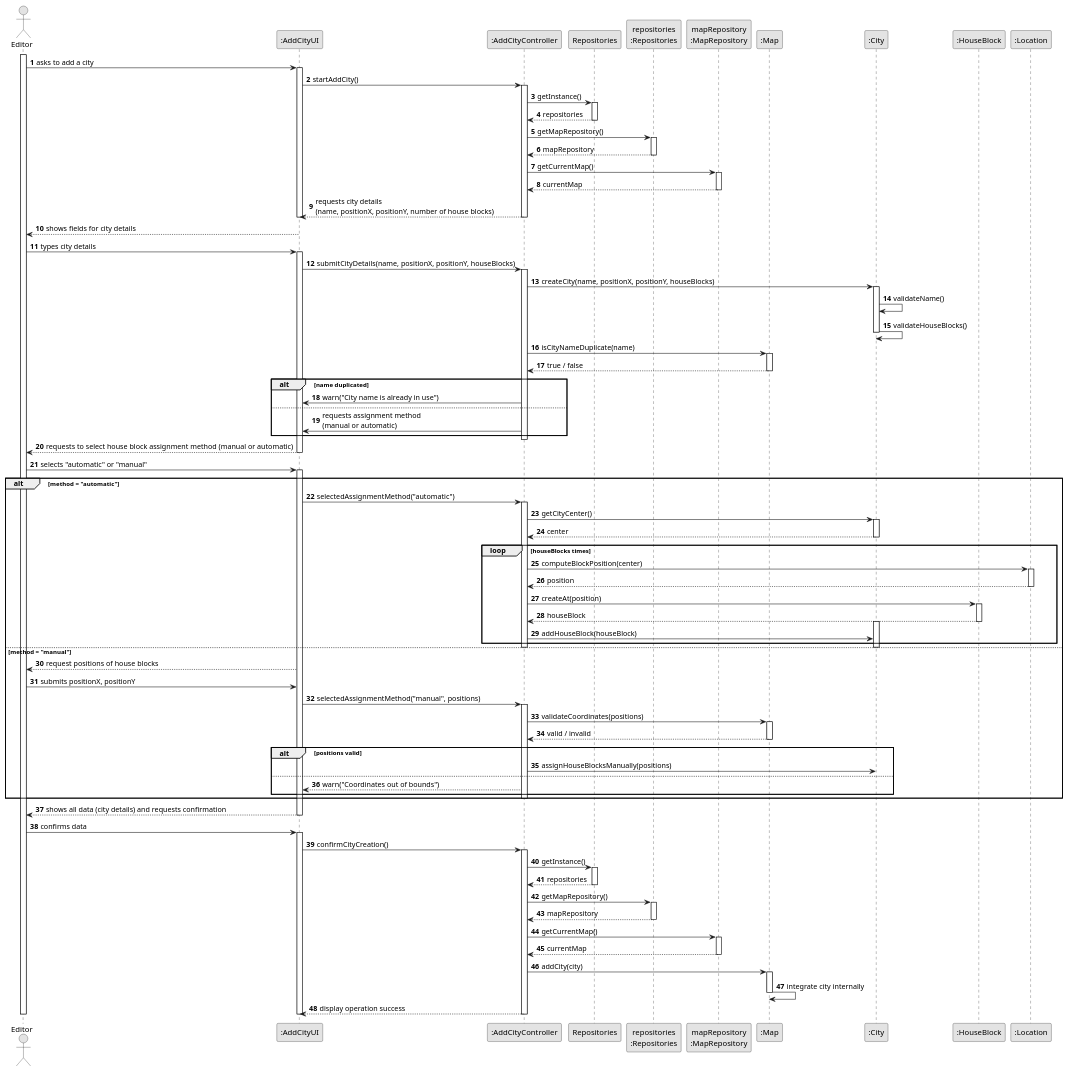
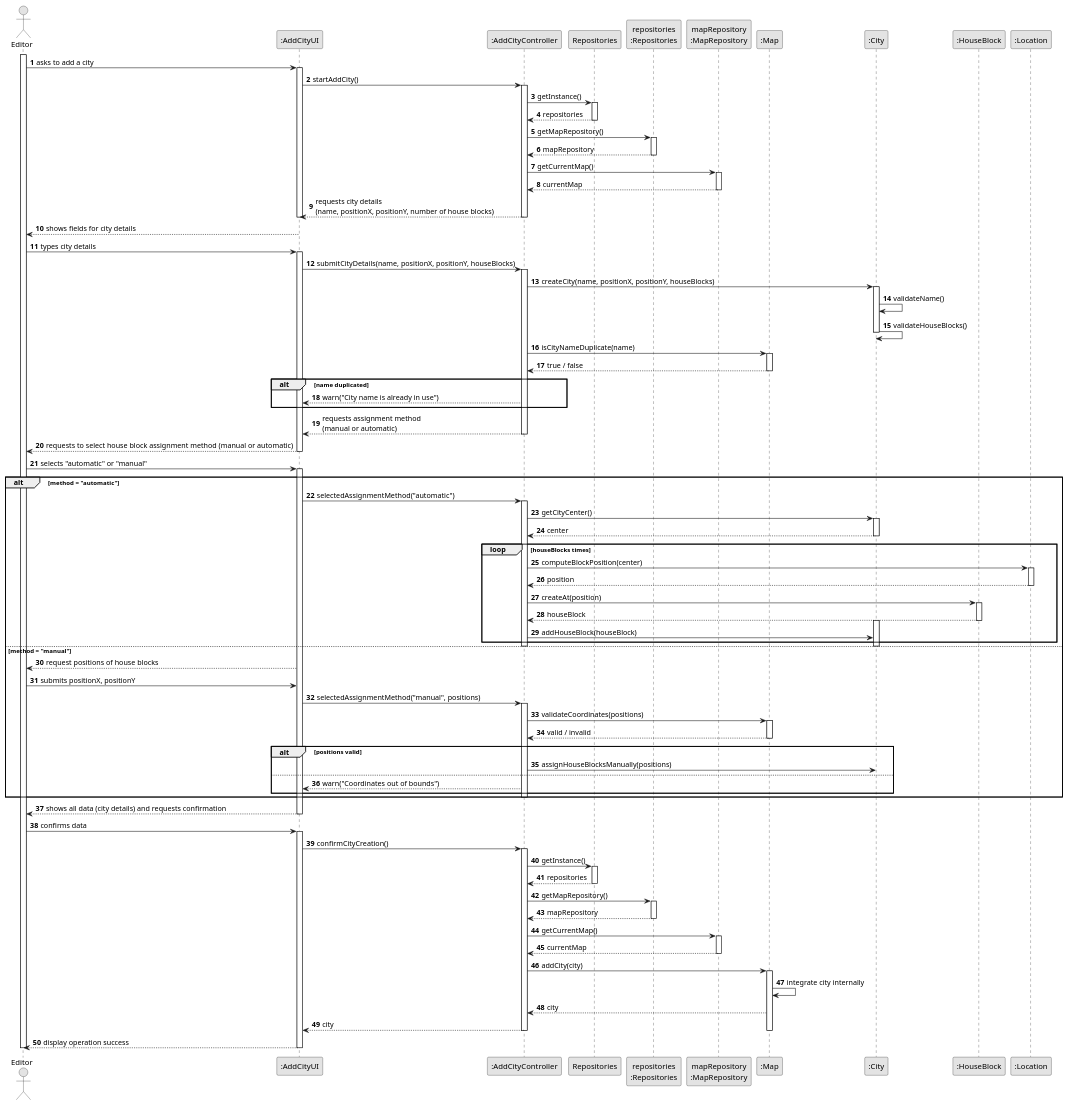
The diagram in docs/system-documentation/US003/03.design/puml/US003-SD-full.puml (1240826/empire-on-tracks), drawn with PlantUML before and after one commit.

Commit message:
US3 design activities update

```diff
--- a/docs/system-documentation/US003/03.design/puml/US003-SD-full.puml
+++ b/docs/system-documentation/US003/03.design/puml/US003-SD-full.puml
@@ -1,156 +1,156 @@
 @startuml
 skinparam monochrome true
 skinparam packageStyle rectangle
 skinparam shadowing false
 
 autonumber
 
 actor "Editor" as Editor
 participant ":AddCityUI"            as UI
 participant ":AddCityController"    as Controller
 participant "Repositories"          as REPOS
 participant "repositories\n:Repositories" as REPOS_SINGLETON
 participant "mapRepository\n:MapRepository" as MAP_REPO
 participant ":Map"                  as Map
 participant ":City"                 as City
 participant ":HouseBlock"           as HouseBlock
 participant ":Location"             as Location
 
 activate Editor
 
 Editor -> UI : asks to add a city
 activate UI
 
     UI -> Controller : startAddCity()
     activate Controller
 
         Controller -> REPOS : getInstance()
         activate REPOS
             REPOS --> Controller : repositories
         deactivate REPOS
 
         Controller -> REPOS_SINGLETON : getMapRepository()
         activate REPOS_SINGLETON
             REPOS_SINGLETON --> Controller : mapRepository
         deactivate REPOS_SINGLETON
 
         Controller -> MAP_REPO : getCurrentMap()
         activate MAP_REPO
             MAP_REPO --> Controller : currentMap
         deactivate MAP_REPO
 
         Controller --> UI : requests city details\n(name, positionX, positionY, number of house blocks)
     deactivate Controller
 deactivate UI
 
 UI --> Editor : shows fields for city details
 Editor -> UI : types city details
 activate UI
 
     UI -> Controller : submitCityDetails(name, positionX, positionY, houseBlocks)
     activate Controller
 
         Controller -> City : createCity(name, positionX, positionY, houseBlocks)
         activate City
             City -> City : validateName()
             City -> City : validateHouseBlocks()
         deactivate City
 
         Controller -> Map : isCityNameDuplicate(name)
         activate Map
             Map --> Controller : true / false
         deactivate Map
 
         alt name duplicated
-            Controller -> UI : warn("City name is already in use")
-        else
-            Controller -> UI : requests assignment method\n(manual or automatic)
+            Controller --> UI : warn("City name is already in use")
         end
+            Controller --> UI : requests assignment method\n(manual or automatic)
     deactivate Controller
 
 
 UI --> Editor : requests to select house block assignment method (manual or automatic)
 deactivate UI
 Editor -> UI : selects "automatic" or "manual"
 activate UI
 
     alt method = "automatic"
         UI -> Controller : selectedAssignmentMethod("automatic")
         activate Controller
 
             Controller -> City : getCityCenter()
             activate City
                 City --> Controller : center
             deactivate City
 
             loop houseBlocks times
                 Controller -> Location : computeBlockPosition(center)
                 activate Location
                     Location --> Controller : position
                 deactivate Location
 
                 Controller -> HouseBlock : createAt(position)
                 activate HouseBlock
                     HouseBlock --> Controller : houseBlock
                 deactivate HouseBlock
 
                 activate City
                 Controller -> City : addHouseBlock(houseBlock)
             end
             deactivate City
         deactivate Controller
 
     else method = "manual"
         UI --> Editor : request positions of house blocks
         Editor -> UI : submits positionX, positionY
         UI -> Controller : selectedAssignmentMethod("manual", positions)
         activate Controller
 
             Controller -> Map : validateCoordinates(positions)
             activate Map
                 Map --> Controller : valid / invalid
             deactivate Map
 
             alt positions valid
                 Controller -> City : assignHouseBlocksManually(positions)
             else
                 Controller --> UI : warn("Coordinates out of bounds")
             end
         deactivate Controller
     end
 
     UI --> Editor : shows all data (city details) and requests confirmation
 deactivate UI
 
 Editor -> UI : confirms data
 activate UI
 
     UI -> Controller : confirmCityCreation()
     activate Controller
 
         Controller -> REPOS : getInstance()
         activate REPOS
             REPOS --> Controller : repositories
         deactivate REPOS
 
         Controller -> REPOS_SINGLETON : getMapRepository()
         activate REPOS_SINGLETON
             REPOS_SINGLETON --> Controller : mapRepository
         deactivate REPOS_SINGLETON
 
         Controller -> MAP_REPO : getCurrentMap()
         activate MAP_REPO
             MAP_REPO --> Controller : currentMap
         deactivate MAP_REPO
 
         Controller -> Map : addCity(city)
         activate Map
             Map -> Map : integrate city internally
-        deactivate Map
-
-        Controller --> UI : display operation success
+Map --> Controller: city
+Controller --> UI: city
+       deactivate Map
     deactivate Controller
+    UI -->  Editor: display operation success
 deactivate UI
 
 deactivate Editor
 @enduml
```
